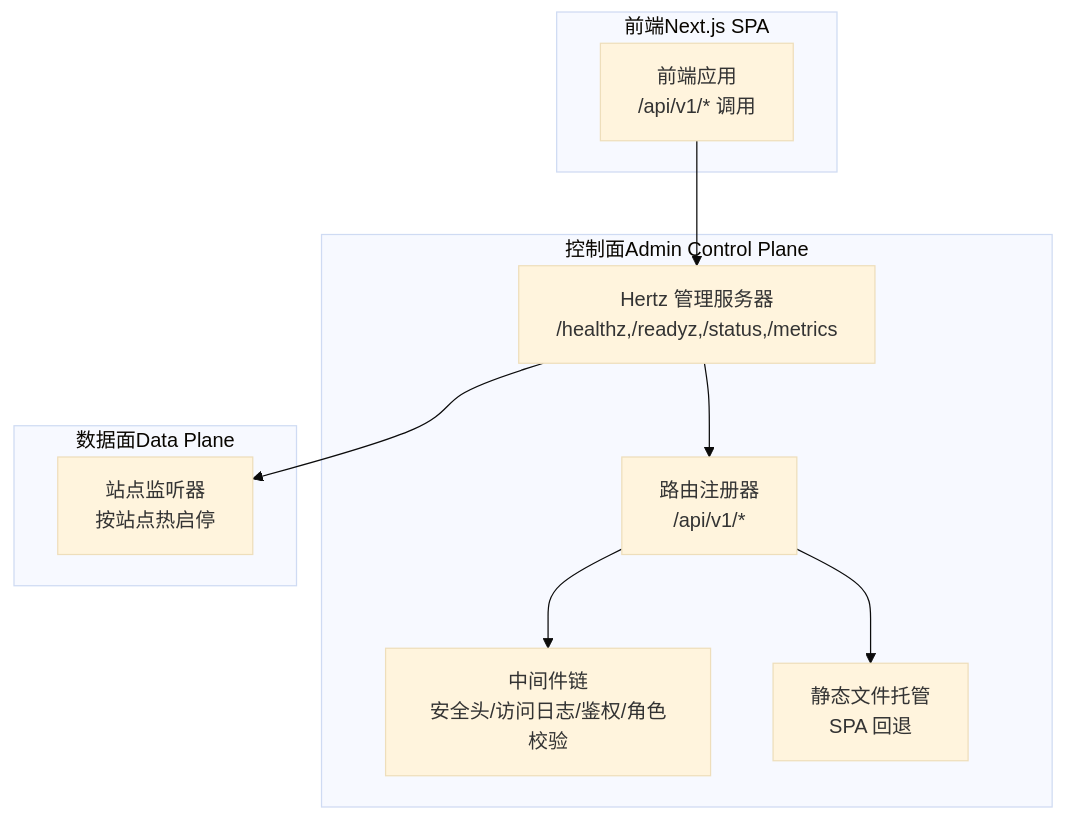
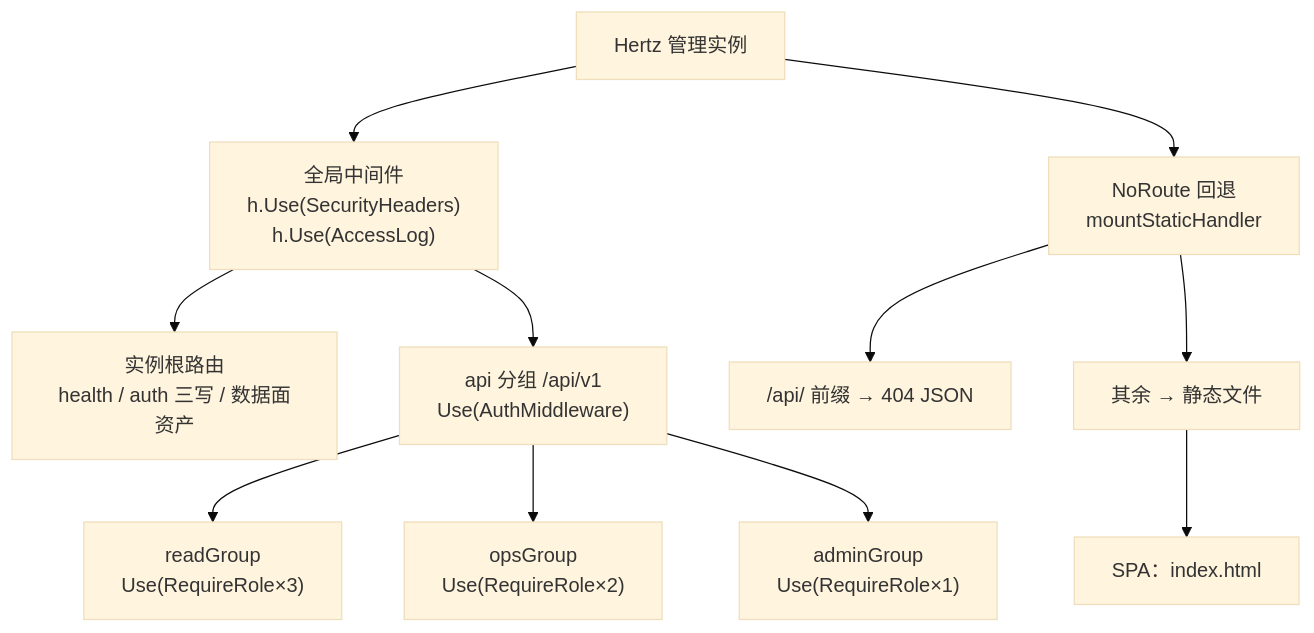
Before and after one commit to x01n/My-OpenWaf: the first of 5 diagrams in docs/管理 API 系统/REST API 设计规范/路由设计规范.md, drawn with Mermaid (base theme). The commit also changed other lines of this file and 622 other files, not shown here.

````diff
--- a/docs/管理 API 系统/REST API 设计规范/路由设计规范.md
+++ b/docs/管理 API 系统/REST API 设计规范/路由设计规范.md
@@ -45,20 +50,13 @@
 ```mermaid
 graph TB
-subgraph "控制面Admin Control Plane"
-AdminServer["Hertz 管理服务器<br/>/healthz,/readyz,/status,/metrics"]
-Router["路由注册器<br/>/api/v1/*"]
-Middleware["中间件链<br/>安全头/访问日志/鉴权/角色校验"]
-Static["静态文件托管<br/>SPA 回退"]
-end
-subgraph "数据面Data Plane"
-DataServers["站点监听器<br/>按站点热启停"]
-end
-subgraph "前端Next.js SPA"
-Frontend["前端应用<br/>/api/v1/* 调用"]
-end
-Frontend --> AdminServer
-AdminServer --> Router
-Router --> Middleware
-Router --> Static
-AdminServer --> DataServers
+H["Hertz 管理实例"] --> GM["全局中间件<br/>h.Use(SecurityHeaders)<br/>h.Use(AccessLog)"]
+GM --> ROOT["实例根路由<br/>health / auth 三写 / 数据面资产"]
+GM --> API["api 分组 /api/v1<br/>Use(AuthMiddleware)"]
+API --> RD["readGroup<br/>Use(RequireRole×3)"]
+API --> OP["opsGroup<br/>Use(RequireRole×2)"]
+API --> AD["adminGroup<br/>Use(RequireRole×1)"]
+H --> NR["NoRoute 回退<br/>mountStaticHandler"]
+NR --> API404["/api/ 前缀 → 404 JSON"]
+NR --> ST["其余 → 静态文件"]
+ST --> SP["SPA：index.html"]
 ```
````
